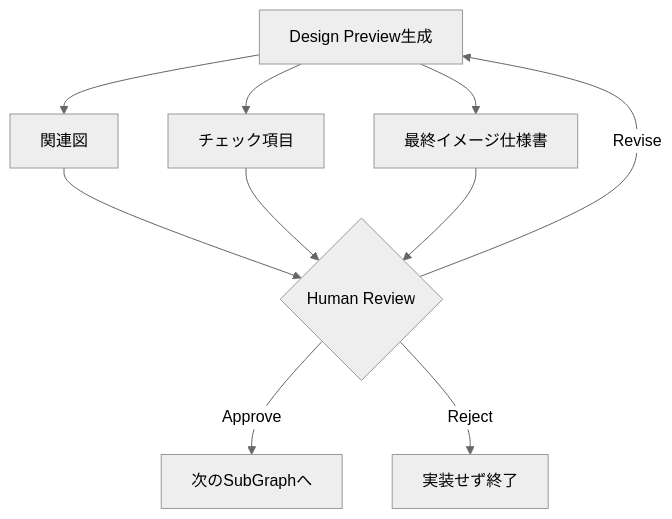
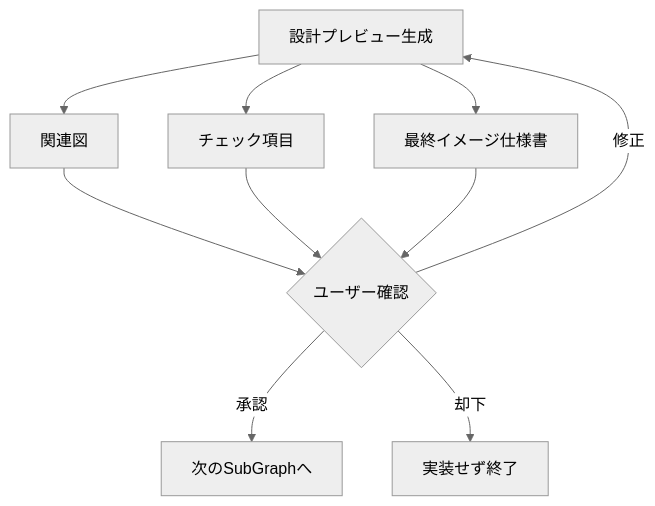
Before and after one commit to DarumaPPAP/UnityAgent: the second of 3 diagrams in README.md, drawn with Mermaid (neutral theme). The commit also changed other lines of this file and 12 other files, not shown here.

````diff
--- a/README.md
+++ b/README.md
@@ -207,12 +207,12 @@
 ```mermaid
 flowchart TD
-    A[Design Preview生成] --> B[関連図]
+    A[設計プレビュー生成] --> B[関連図]
     A --> C[チェック項目]
     A --> D[最終イメージ仕様書]
-    B --> E{Human Review}
+    B --> E{ユーザー確認}
     C --> E
     D --> E
-    E -->|Approve| F[次のSubGraphへ]
-    E -->|Revise| A
-    E -->|Reject| G[実装せず終了]
+    E -->|承認| F[次のSubGraphへ]
+    E -->|修正| A
+    E -->|却下| G[実装せず終了]
 ```
````
